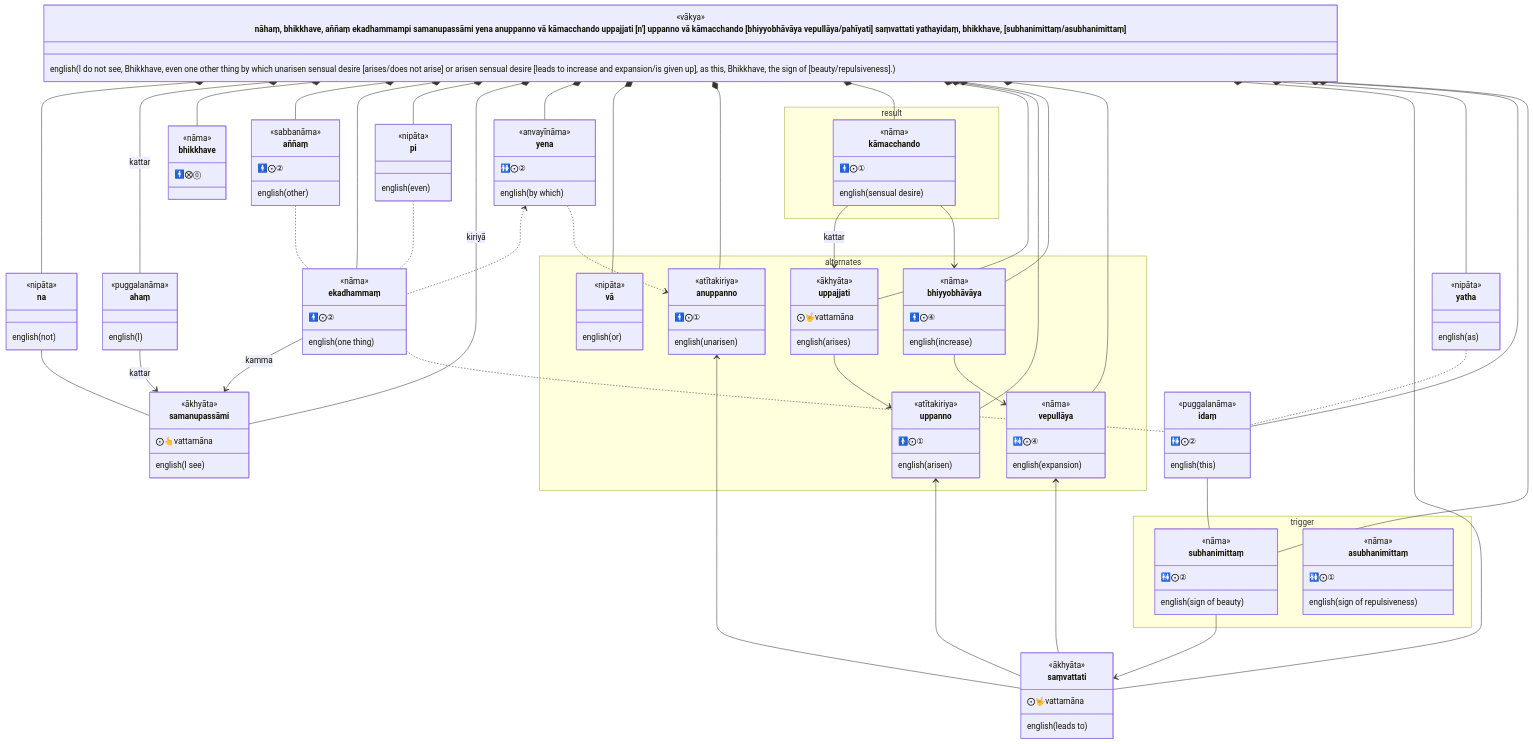
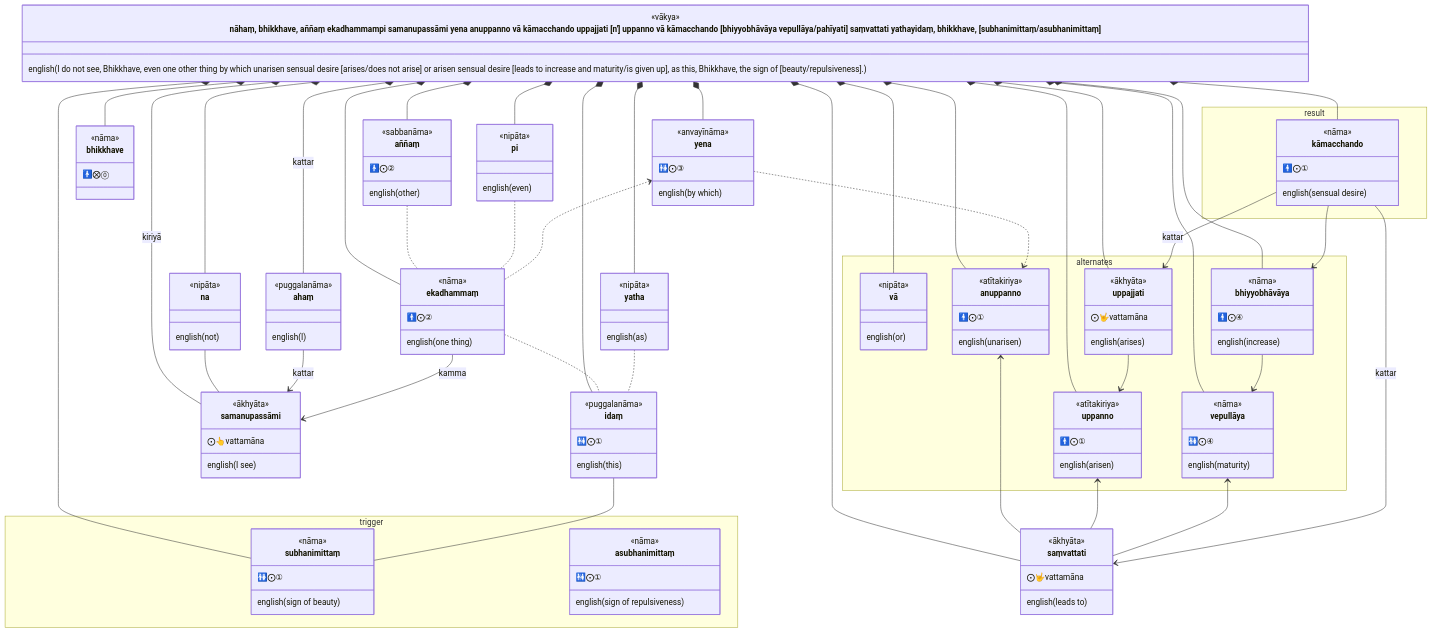
Before and after one commit to ChristineTham/buddhavacana: the first of 3 diagrams in src/content/docs/Sutta/hindrances.md, drawn with Mermaid. The commit also changed other lines of this file and 27 other files, not shown here.

````diff
--- a/src/content/docs/Sutta/hindrances.md
+++ b/src/content/docs/Sutta/hindrances.md
@@ -24,7 +24,7 @@
 classDiagram
   class sentence["nāhaṃ, bhikkhave, aññaṃ ekadhammampi samanupassāmi yena anuppanno vā kāmacchando uppajjati [n'] uppanno vā kāmacchando [bhiyyobhāvāya vepullāya/pahīyati] saṃvattati yathayidaṃ, bhikkhave, [subhanimittaṃ/asubhanimittaṃ]"] {
     <<vākya>>
-    english(I do not see, Bhikkhave, even one other thing by which unarisen sensual desire [arises/does not arise] or arisen sensual desire [leads to increase and expansion/is given up], as this, Bhikkhave, the sign of [beauty/repulsiveness].)
+    english(I do not see, Bhikkhave, even one other thing by which unarisen sensual desire [arises/does not arise] or arisen sensual desire [leads to increase and maturity/is given up], as this, Bhikkhave, the sign of [beauty/repulsiveness].)
   }
   class na {
     <<nipāta>>
@@ -59,7 +59,7 @@
   }
   class yena {
     <<anvayīnāma>>
-    🚻⨀②
+    🚻⨀③
     english(by which)
   }
   namespace result {
@@ -97,7 +97,7 @@
     class vepullāya {
       <<nāma>>
       🚻⨀④
-      english(expansion)
+      english(maturity)
     }
   }
   class saṃvattati {
@@ -111,13 +111,13 @@
   }
   class idaṃ {
     <<puggalanāma>>
-    🚻⨀②
+    🚻⨀①
     english(this)
   }
   namespace trigger {
     class subhanimittaṃ {
       <<nāma>>
-      🚻⨀②
+      🚻⨀①
       english(sign of beauty)
     }
     class asubhanimittaṃ {
@@ -162,5 +162,5 @@
   uppanno <-- saṃvattati
   vepullāya <-- saṃvattati
   idaṃ -- subhanimittaṃ
-  subhanimittaṃ --> saṃvattati
+  kāmacchando --> saṃvattati : kattar
 ```
````
